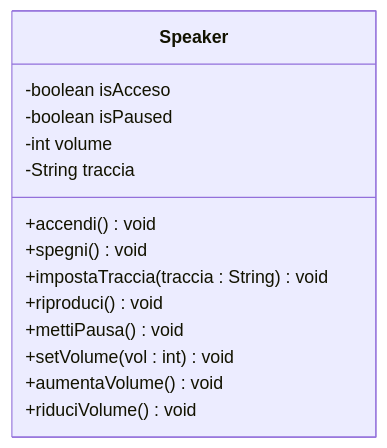
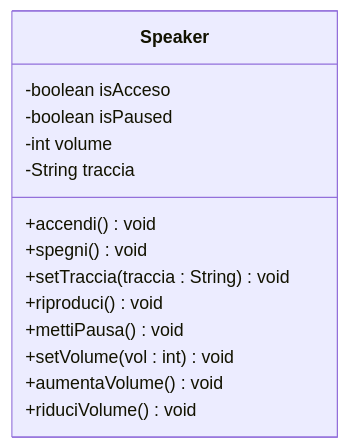
One commit to wbigger/2024-4Cinf-progetto-iot changed the second of 2 diagrams in README.md. Above: the diagram before and after it, drawn with Mermaid.

````diff
--- a/README.md
+++ b/README.md
@@ -31,17 +31,17 @@
 ```mermaid
 classDiagram
     class Speaker {
     -boolean isAcceso
     -boolean isPaused
     -int volume
     -String traccia
     +accendi() void
     +spegni() void
-    +impostaTraccia(traccia : String) void
+    +setTraccia(traccia : String) void
     +riproduci() void
     +mettiPausa() void
     +setVolume(vol : int) void
     +aumentaVolume() void
     +riduciVolume() void
     }
 ```
````
